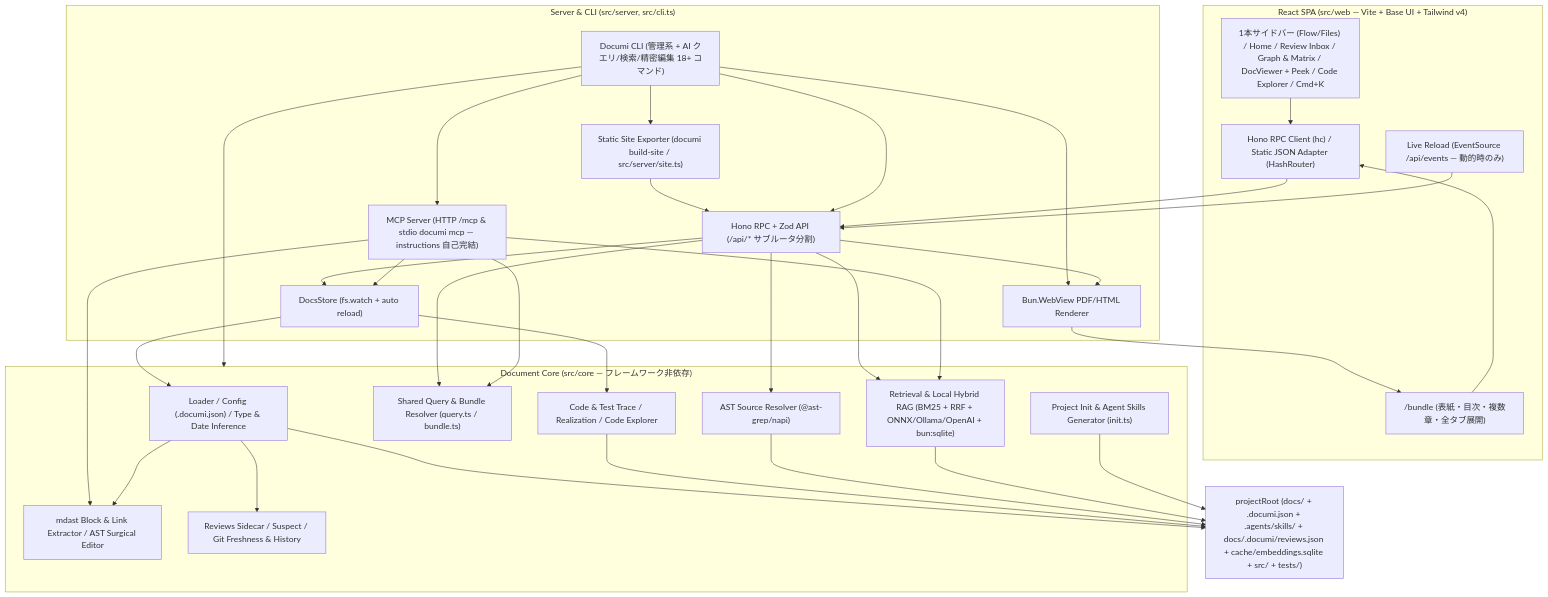
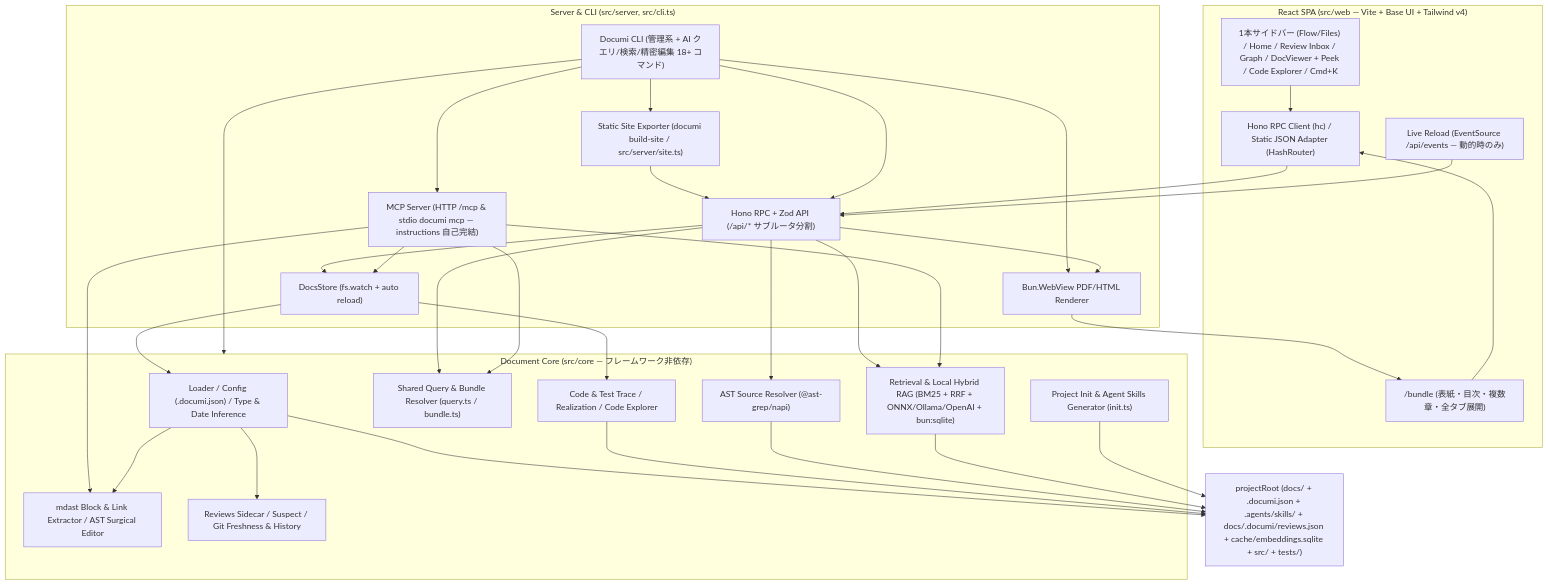
The diagram in docs/architecture/system-overview.mdx (naatin777/documi), drawn with Mermaid before and after one commit. The commit also changed other lines of this file and 21 other files, not shown here.

````diff
--- a/docs/architecture/system-overview.mdx
+++ b/docs/architecture/system-overview.mdx
@@ -12,61 +12,61 @@
 ```mermaid
 flowchart TB
     subgraph Client["React SPA (src/web — Vite + Base UI + Tailwind v4)"]
-        UI["1本サイドバー (Flow/Files) / Home / Review Inbox / Graph & Matrix / DocViewer + Peek / Code Explorer / Cmd+K"]
+        UI["1本サイドバー (Flow/Files) / Home / Review Inbox / Graph / DocViewer + Peek / Code Explorer / Cmd+K"]
         ClientAdapter["Hono RPC Client (hc<ApiRoutes>) / Static JSON Adapter (HashRouter)"]
         BundleUI["/bundle (表紙・目次・複数章・全タブ展開)"]
         SSE["Live Reload (EventSource /api/events — 動的時のみ)"]
     end
 
     subgraph Entry["Server & CLI (src/server, src/cli.ts)"]
         API["Hono RPC + Zod API (/api/* サブルータ分割)"]
         MCP["MCP Server (HTTP /mcp & stdio documi mcp — instructions 自己完結)"]
         PDF["Bun.WebView PDF/HTML Renderer"]
         Site["Static Site Exporter (documi build-site / src/server/site.ts)"]
         CLI["Documi CLI (管理系 + AI クエリ/検索/精密編集 18+ コマンド)"]
         Store["DocsStore (fs.watch + auto reload)"]
     end
 
     subgraph Core["Document Core (src/core — フレームワーク非依存)"]
         Loader["Loader / Config (.documi.json) / Type & Date Inference"]
         Mdx["mdast Block & Link Extractor / AST Surgical Editor"]
         Reviews["Reviews Sidecar / Suspect / Git Freshness & History"]
         Trace["Code & Test Trace / Realization / Code Explorer"]
         Query["Shared Query & Bundle Resolver (query.ts / bundle.ts)"]
         Rag["Retrieval & Local Hybrid RAG (BM25 + RRF + ONNX/Ollama/OpenAI + bun:sqlite)"]
         Source["AST Source Resolver (@ast-grep/napi)"]
         Init["Project Init & Agent Skills Generator (init.ts)"]
     end
 
     FS["projectRoot (docs/ + .documi.json + .agents/skills/ + docs/.documi/reviews.json + cache/embeddings.sqlite + src/ + tests/)"]
 
     UI --> ClientAdapter
     BundleUI --> ClientAdapter
     ClientAdapter --> API
     SSE --> API
     PDF --> BundleUI
     Site --> API
     CLI --> Core
     CLI --> API
     CLI --> MCP
     CLI --> PDF
     CLI --> Site
     API --> Store
     API --> PDF
     API --> Query
     API --> Rag
     API --> Source
     MCP --> Store
     MCP --> Query
     MCP --> Rag
     MCP --> Mdx
     Store --> Loader
     Loader --> Mdx
     Loader --> Reviews
     Store --> Trace
     Loader --> FS
     Trace --> FS
     Source --> FS
     Rag --> FS
     Init --> FS
 ```
````
